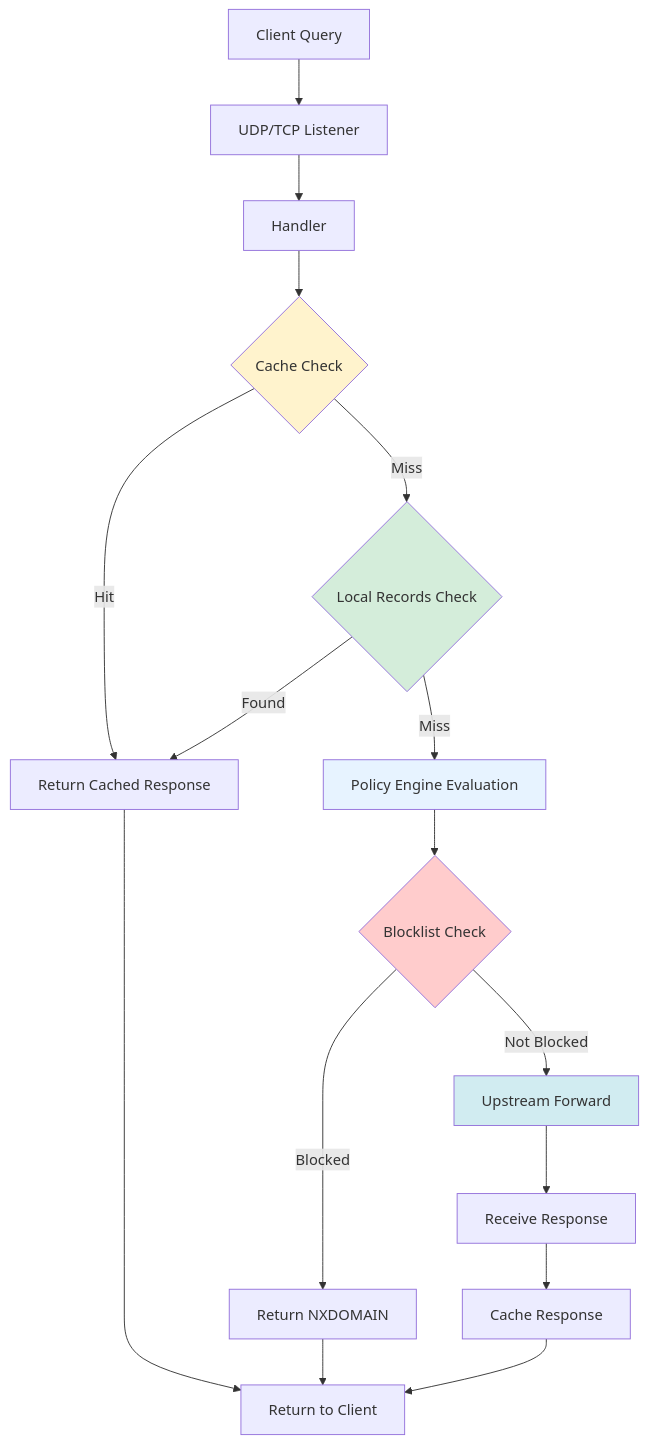
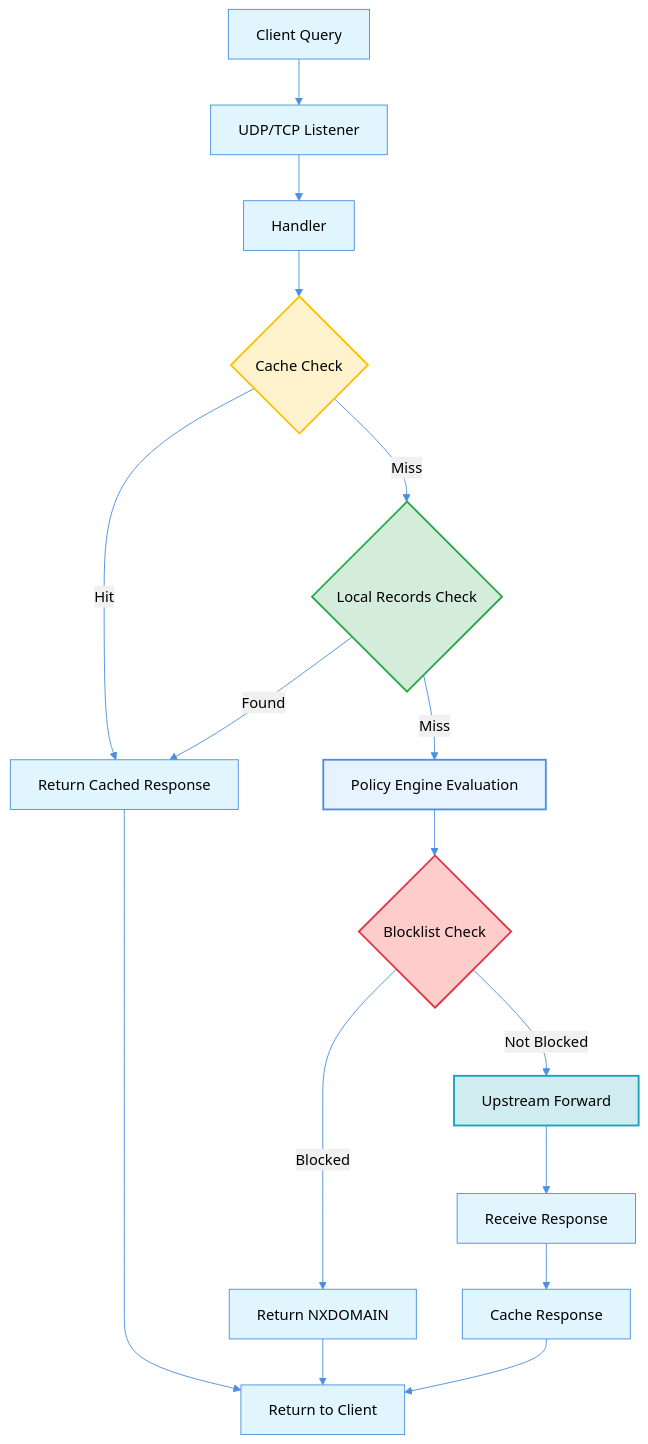
One commit to erfianugrah/gloryhole changed the second of 2 diagrams in docs/architecture/components.md. Above: the diagram before and after it, drawn with Mermaid. The commit also changed other lines of this file and 15 other files, not shown here.

First line of the commit message:
Update documentation to v0.7.8 and fix diagram contrast

````diff
--- a/docs/architecture/components.md
+++ b/docs/architecture/components.md
@@ -177,24 +178,25 @@
 ```mermaid
+%%{init: {'theme':'base', 'themeVariables': { 'primaryColor':'#e1f5ff','primaryTextColor':'#000','primaryBorderColor':'#4a90e2','lineColor':'#4a90e2','secondaryColor':'#f0f0f0','tertiaryColor':'#fff'}}}%%
 flowchart TD
     A[Client Query] --> B[UDP/TCP Listener]
     B --> C[Handler]
     C --> D{Cache Check}
     D -->|Hit| M[Return Cached Response]
     D -->|Miss| E{Local Records Check}
     E -->|Found| M
     E -->|Miss| F[Policy Engine Evaluation]
     F --> G{Blocklist Check}
     G -->|Blocked| N[Return NXDOMAIN]
     G -->|Not Blocked| H[Upstream Forward]
     H --> I[Receive Response]
     I --> J[Cache Response]
     J --> K[Return to Client]
     M --> K
     N --> K
 
-    style D fill:#fff3cd
-    style E fill:#d4edda
-    style F fill:#e7f3ff
-    style G fill:#ffcccc
-    style H fill:#d1ecf1
+    style D fill:#fff3cd,stroke:#ffc107,stroke-width:2px,color:#000
+    style E fill:#d4edda,stroke:#28a745,stroke-width:2px,color:#000
+    style F fill:#e7f3ff,stroke:#4a90e2,stroke-width:2px,color:#000
+    style G fill:#ffcccc,stroke:#dc3545,stroke-width:2px,color:#000
+    style H fill:#d1ecf1,stroke:#17a2b8,stroke-width:2px,color:#000
 ```
````
